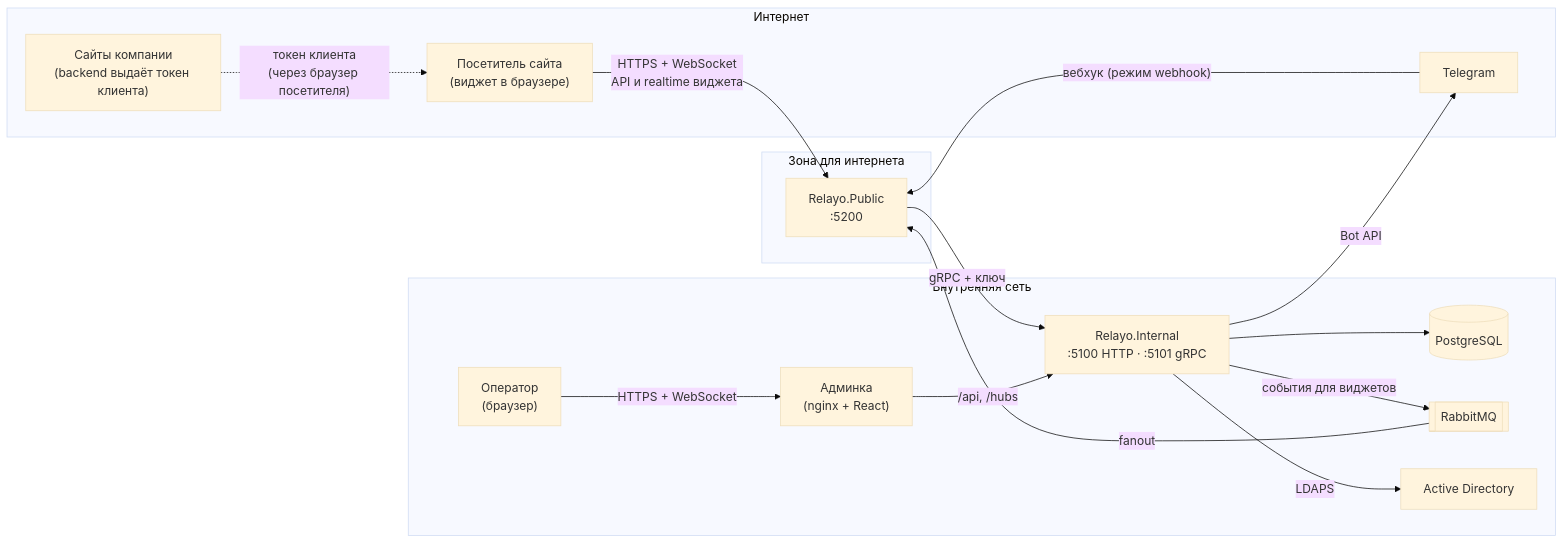
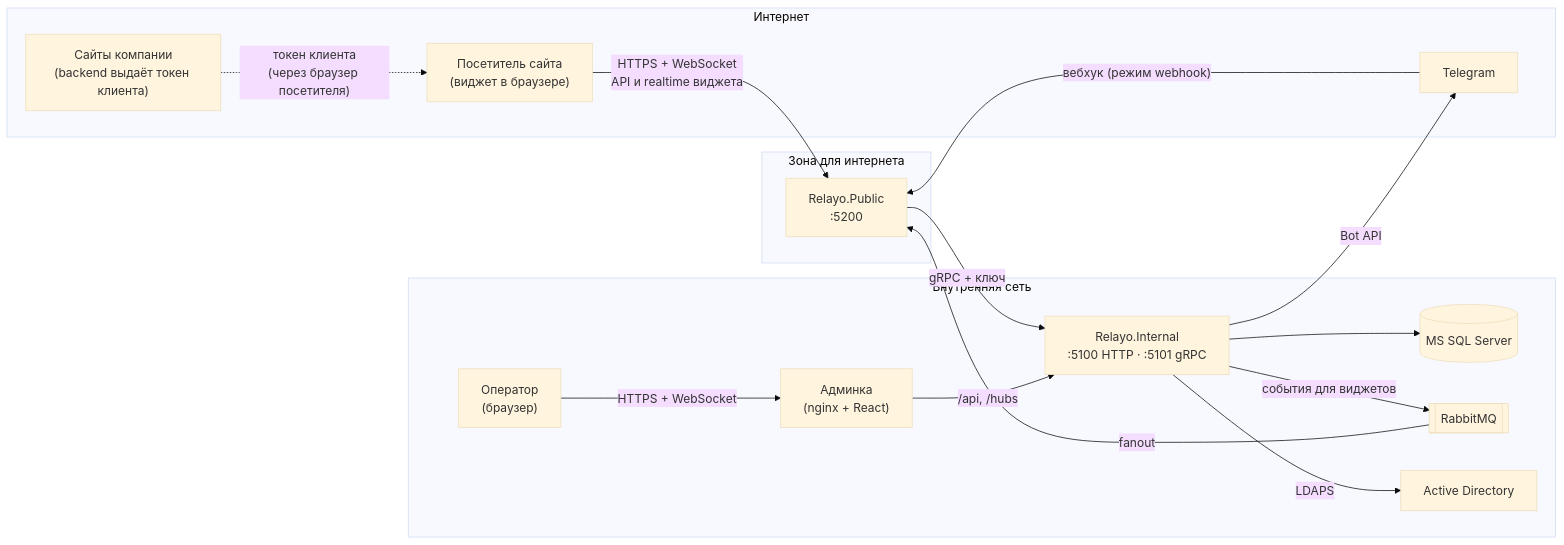
Before and after one commit to linardjan/relayo: the first of 6 diagrams in docs/architecture.md, drawn with Mermaid (base theme). The commit also changed other lines of this file and 112 other files, not shown here.

````diff
--- a/docs/architecture.md
+++ b/docs/architecture.md
@@ -23,33 +23,33 @@
 ```mermaid
 flowchart LR
   subgraph Internet["Интернет"]
     Visitor["Посетитель сайта<br/>(виджет в браузере)"]
     Site["Сайты компании<br/>(backend выдаёт токен клиента)"]
     TG["Telegram"]
   end
 
   subgraph Public["Зона для интернета"]
     PUB["Relayo.Public<br/>:5200"]
   end
 
   subgraph Internal["Внутренняя сеть"]
     ADMIN["Админка<br/>(nginx + React)"]
     INT["Relayo.Internal<br/>:5100 HTTP · :5101 gRPC"]
-    PG[("PostgreSQL")]
+    PG[("MS SQL Server")]
     MQ[["RabbitMQ"]]
     AD["Active Directory"]
     Operator["Оператор<br/>(браузер)"]
   end
 
   Visitor -- "HTTPS + WebSocket<br/>API и realtime виджета" --> PUB
   Site -. "токен клиента<br/>(через браузер посетителя)" .-> Visitor
   TG -- "вебхук (режим webhook)" --> PUB
   PUB -- "gRPC + ключ" --> INT
   INT -- "события для виджетов" --> MQ
   MQ -- "fanout" --> PUB
   Operator -- "HTTPS + WebSocket" --> ADMIN
   ADMIN -- "/api, /hubs" --> INT
   INT --> PG
   INT -- "Bot API" --> TG
   INT -- "LDAPS" --> AD
 ```
````
